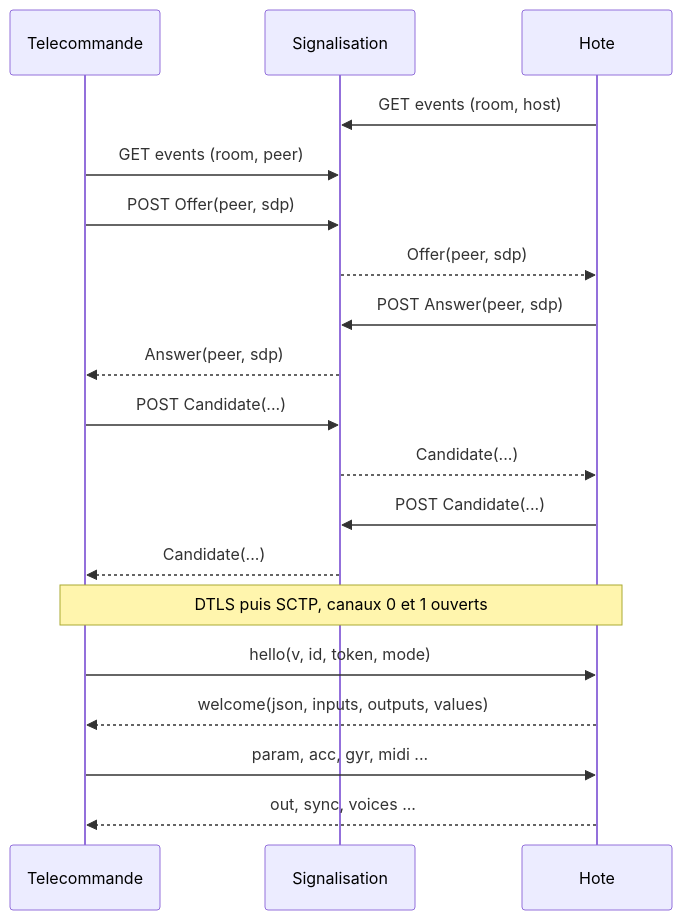
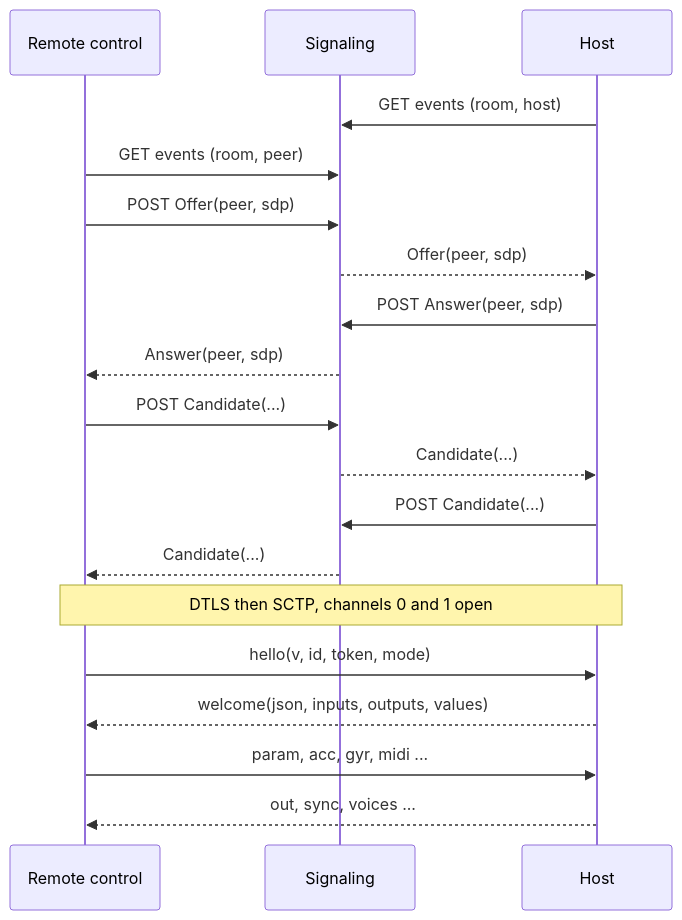
One commit to grame-cncm/faustwasm changed the second of 4 diagrams in docs/remote-control.md. Above: the diagram before and after it, drawn with Mermaid. The commit also changed other lines of this file and 1 other file, not shown here.

First line of the commit message:
docs: remote control spec in English, French version kept

````diff
--- a/docs/remote-control.md
+++ b/docs/remote-control.md
@@ -365,21 +366,21 @@
-```mermaid "Établissement d'une session" \label{fig:seq}
+```mermaid "Establishing a session" \label{fig:seq}
 sequenceDiagram
-    participant T as Telecommande
-    participant S as Signalisation
-    participant H as Hote
+    participant T as Remote control
+    participant S as Signaling
+    participant H as Host
     H->>S: GET events (room, host)
     T->>S: GET events (room, peer)
     T->>S: POST Offer(peer, sdp)
     S-->>H: Offer(peer, sdp)
     H->>S: POST Answer(peer, sdp)
     S-->>T: Answer(peer, sdp)
     T->>S: POST Candidate(...)
     S-->>H: Candidate(...)
     H->>S: POST Candidate(...)
     S-->>T: Candidate(...)
-    Note over T,H: DTLS puis SCTP, canaux 0 et 1 ouverts
+    Note over T,H: DTLS then SCTP, channels 0 and 1 open
     T->>H: hello(v, id, token, mode)
     H-->>T: welcome(json, inputs, outputs, values)
     T->>H: param, acc, gyr, midi ...
     H-->>T: out, sync, voices ...
 ```
````
